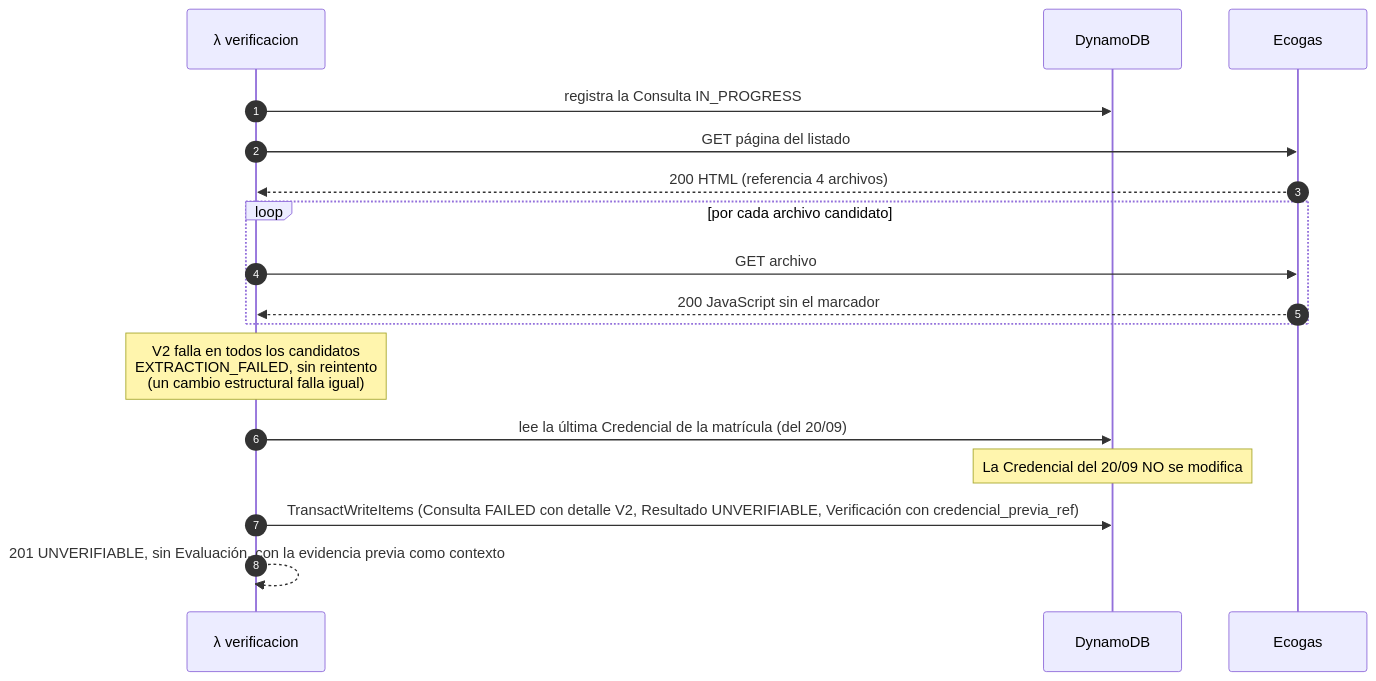
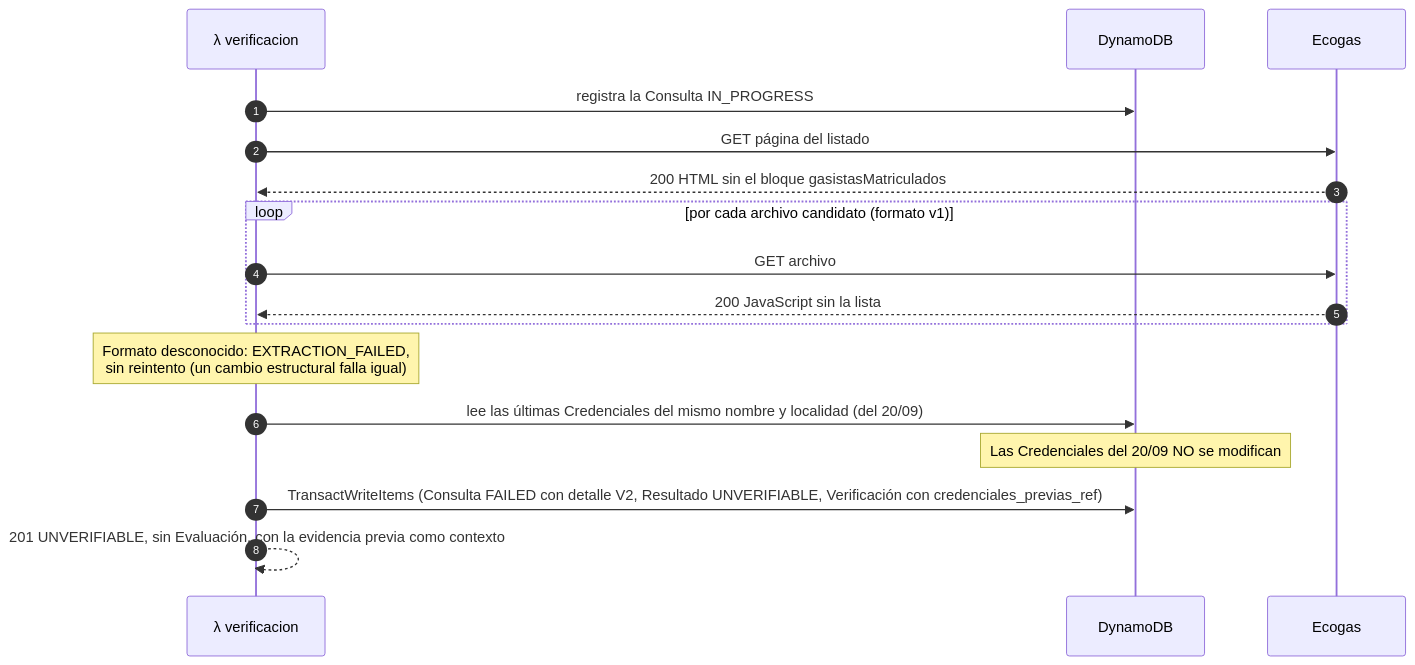
Before and after one commit to IvanDaniliuk01/MatriculAR: the second of 5 diagrams in docs/api.md, drawn with Mermaid. The commit also changed other lines of this file and 62 other files, not shown here.

````diff
--- a/docs/api.md
+++ b/docs/api.md
@@ -338,20 +465,20 @@
 ```mermaid
 sequenceDiagram
     autonumber
     participant L as λ verificacion
     participant D as DynamoDB
     participant E as Ecogas
 
     L->>D: registra la Consulta IN_PROGRESS
     L->>E: GET página del listado
-    E-->>L: 200 HTML (referencia 4 archivos)
-    loop por cada archivo candidato
+    E-->>L: 200 HTML sin el bloque gasistasMatriculados
+    loop por cada archivo candidato (formato v1)
         L->>E: GET archivo
-        E-->>L: 200 JavaScript sin el marcador
+        E-->>L: 200 JavaScript sin la lista
     end
-    Note over L: V2 falla en todos los candidatos<br/>EXTRACTION_FAILED, sin reintento<br/>(un cambio estructural falla igual)
-    L->>D: lee la última Credencial de la matrícula (del 20/09)
-    Note over D: La Credencial del 20/09 NO se modifica
-    L->>D: TransactWriteItems (Consulta FAILED con detalle V2, Resultado UNVERIFIABLE, Verificación con credencial_previa_ref)
+    Note over L: Formato desconocido: EXTRACTION_FAILED,<br/>sin reintento (un cambio estructural falla igual)
+    L->>D: lee las últimas Credenciales del mismo nombre y localidad (del 20/09)
+    Note over D: Las Credenciales del 20/09 NO se modifican
+    L->>D: TransactWriteItems (Consulta FAILED con detalle V2, Resultado UNVERIFIABLE, Verificación con credenciales_previas_ref)
     L-->>L: 201 UNVERIFIABLE, sin Evaluación, con la evidencia previa como contexto
 ```
````
